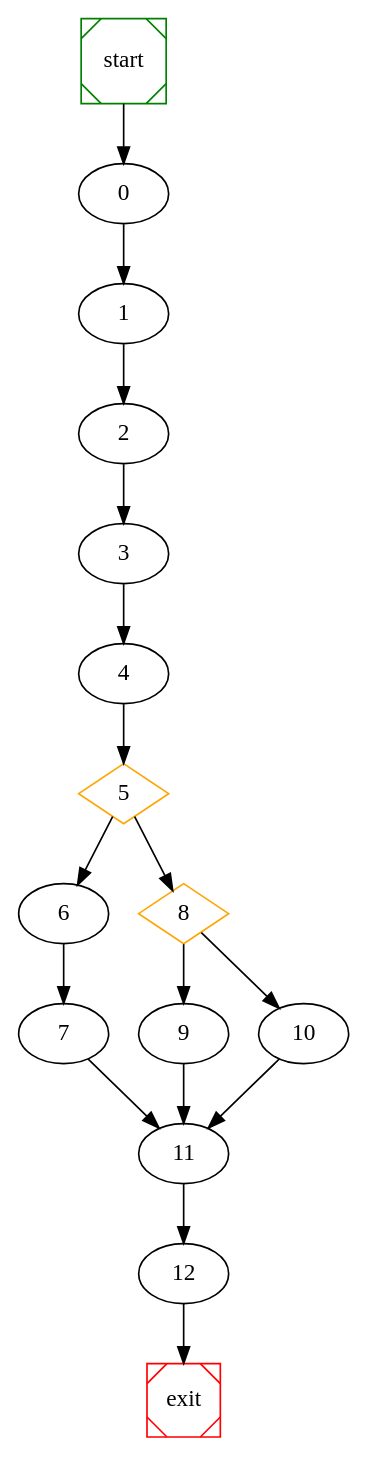
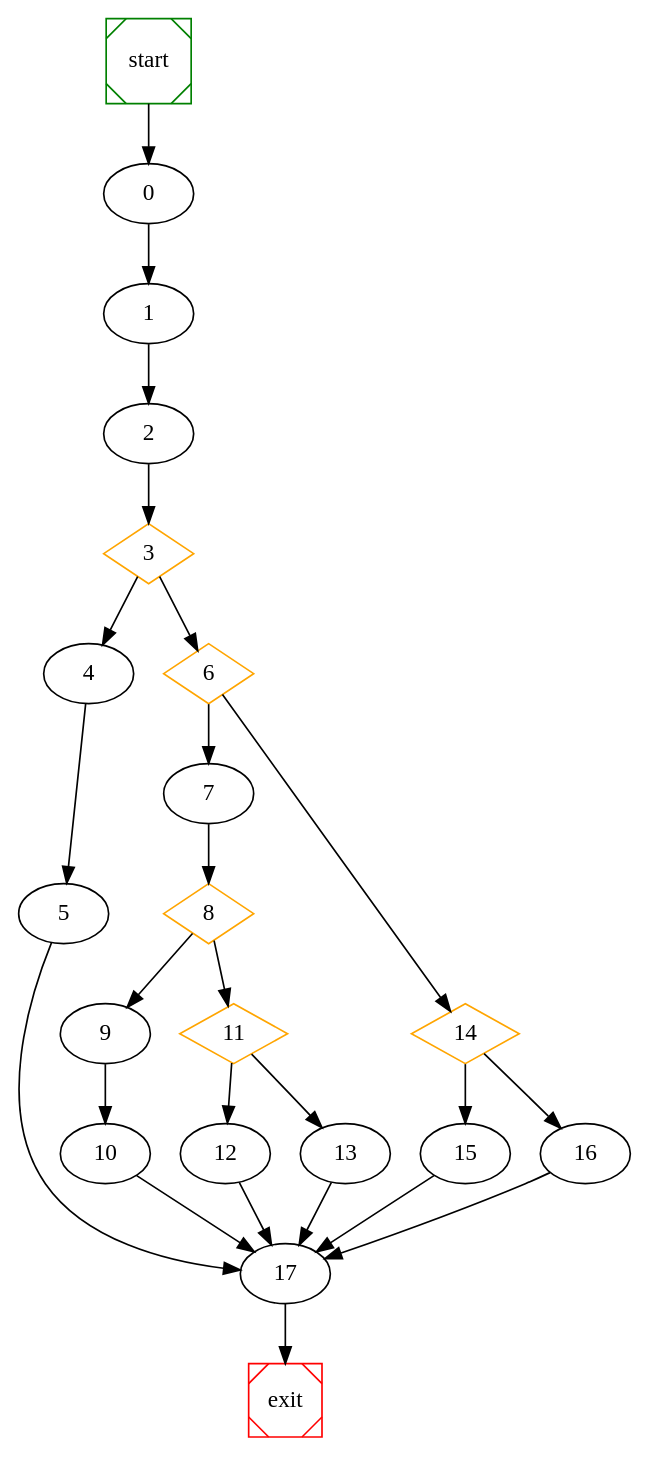
Before and after one commit to NabeelQaiser/BTP_2k18-19: the diagram in wpc/raw_graph.dot, drawn with Graphviz. The commit also changed 6 other files, not shown here.

```diff
--- a/wpc/raw_graph.dot
+++ b/wpc/raw_graph.dot
@@ -1,25 +1,36 @@
 # dot file created at runtime
 
 digraph G {
 	start -> 0;
 	0 -> 1 ;
 	1 -> 2 ;
+	3 [shape=diamond, color=orange] ;
+	4 -> 5 ;
+	3 -> 4 ;
+	6 [shape=diamond, color=orange] ;
+	3 -> 6 ;
+	8 [shape=diamond, color=orange] ;
+	9 -> 10 ;
+	8 -> 9 ;
+	11 [shape=diamond, color=orange] ;
+	8 -> 11 ;
+	11 -> 12 ;
+	11 -> 13 ;
+	7 -> 8 ;
+	6 -> 7 ;
+	14 [shape=diamond, color=orange] ;
+	6 -> 14 ;
+	14 -> 15 ;
+	14 -> 16 ;
 	2 -> 3 ;
-	3 -> 4 ;
-	5 [shape=diamond, color=orange] ;
-	6 -> 7 ;
-	5 -> 6 ;
-	8 [shape=diamond, color=orange] ;
-	5 -> 8 ;
-	8 -> 9 ;
-	8 -> 10 ;
-	4 -> 5 ;
-	10 -> 11 ;
-	9 -> 11 ;
-	7 -> 11 ;
-	11 -> 12 ;
-	12 -> exit;
+	16 -> 17 ;
+	15 -> 17 ;
+	10 -> 17 ;
+	13 -> 17 ;
+	5 -> 17 ;
+	12 -> 17 ;
+	17 -> exit;
 
 	start [shape=Msquare, color=green];
 	exit [shape=Msquare, color=red];
 }
```
